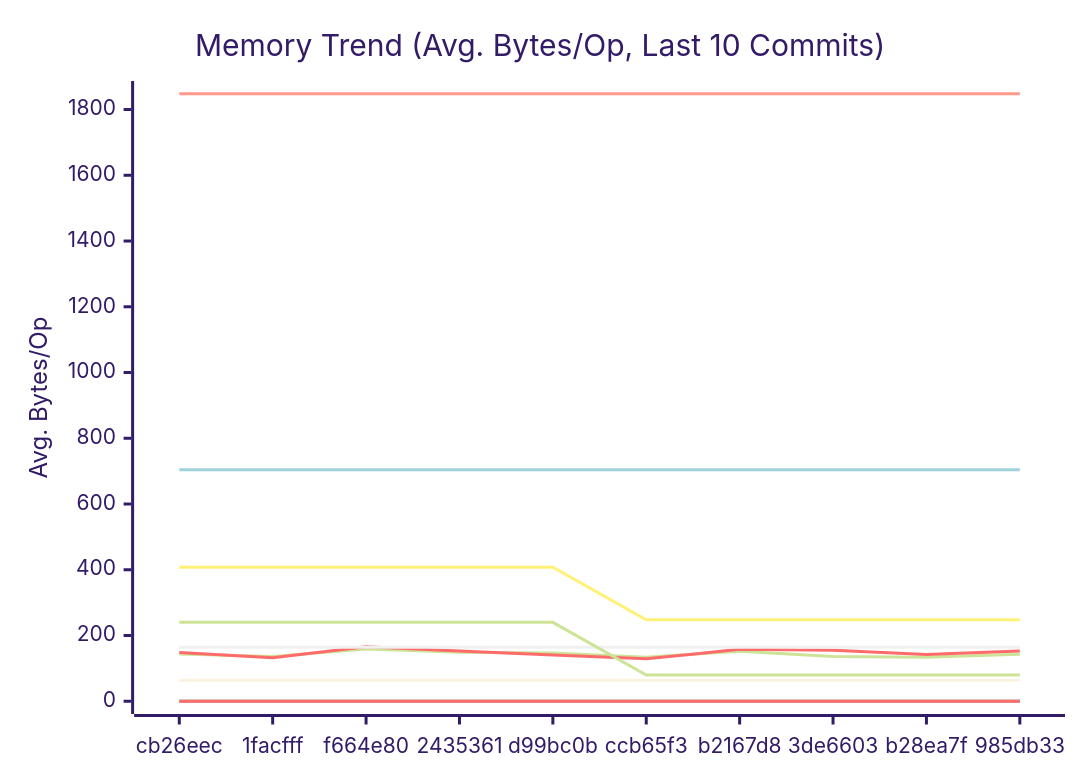
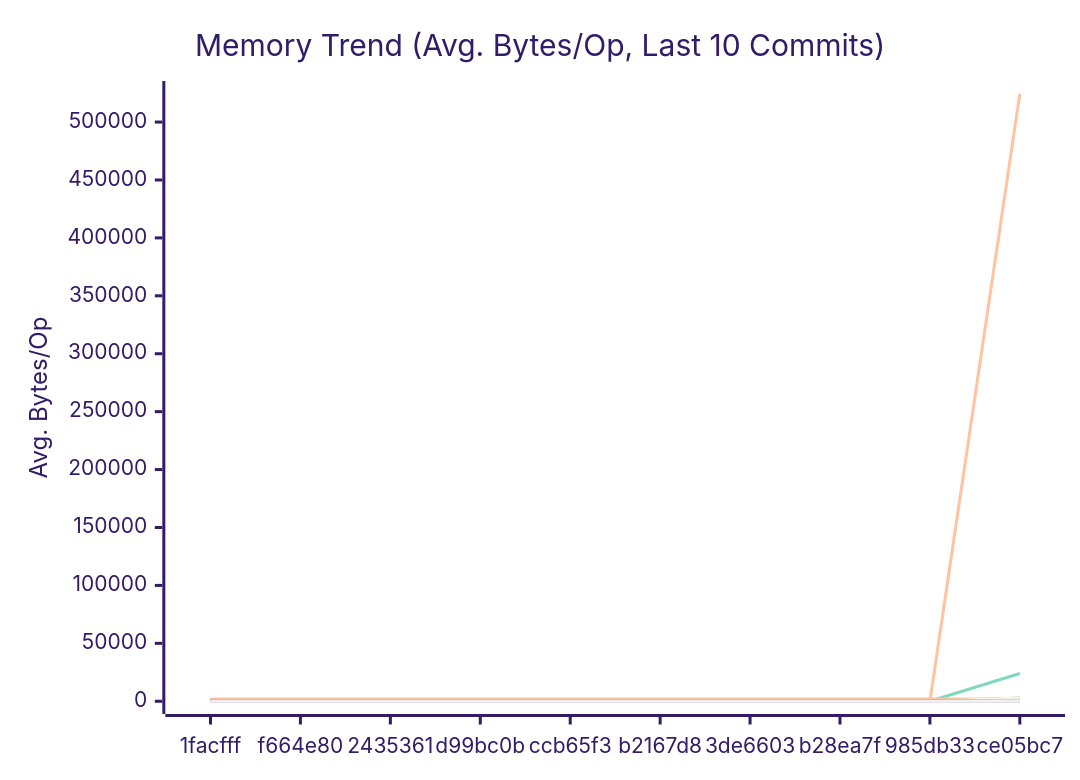
The second of 3 diagrams in docs/PERFORMANCE.md (alsotoes/momo), drawn with Mermaid (forest theme) before and after one commit. The commit also changed other lines of this file and 2 other files, not shown here.

Commit message:
fix: allowlist S3PutSpool in benchstat gate to absorb runner disk-spool noise (#960)

````diff
--- a/docs/PERFORMANCE.md
+++ b/docs/PERFORMANCE.md
@@ -171,20 +300,42 @@
 ```mermaid
 xychart-beta
     title "Memory Trend (Avg. Bytes/Op, Last 10 Commits)"
     x-axis "Commit"
     y-axis "Avg. Bytes/Op"
-    x-axis [cb26eec,1facfff,f664e80,2435361,d99bc0b,ccb65f3,b2167d8,3de6603,b28ea7f,985db33]
-    line "AWSChunkedReaderSigned" [144,136,159,149,147,134,152,136,134,143]
-    line "AWSChunkedReaderUnsigned" [148,132,166,153,141,129,158,155,142,153]
+    x-axis [1facfff,f664e80,2435361,d99bc0b,ccb65f3,b2167d8,3de6603,b28ea7f,985db33,ce05bc7]
+    line "AWSChunkedReaderSigned" [136,159,149,147,134,152,136,134,143,153]
+    line "AWSChunkedReaderUnsigned" [132,166,153,141,129,158,155,142,153,162]
     line "CheckMetricsAndSwap" [0,0,0,0,0,0,0,0,0,0]
     line "CrushOptimized" [0,0,0,0,0,0,0,0,0,0]
     line "CrushOriginal" [164,164,164,164,164,164,164,164,164,164]
+    line "FormatListObjectsV2XML_AppendFormat" [0,0,0,0,0,0,0,0,0,524440]
+    line "FormatListObjectsV2XML_OldFormat" [0,0,0,0,0,0,0,0,0,24000]
+    line "HashBytes/1MiB" [0,0,0,0,0,0,0,0,0,356]
+    line "HashBytes/256MiB" [0,0,0,0,0,0,0,0,0,301]
+    line "HashBytes/64MiB" [0,0,0,0,0,0,0,0,0,351]
+    line "HashFile/1MiB" [0,0,0,0,0,0,0,0,0,305]
+    line "HashFile/256MiB" [0,0,0,0,0,0,0,0,0,298]
+    line "HashFile/64MiB" [0,0,0,0,0,0,0,0,0,332]
     line "IndexDirectTracking" [0,0,0,0,0,0,0,0,0,0]
     line "IndexSearch" [0,0,0,0,0,0,0,0,0,0]
-    line "LoadGlobalConfig" [1848,1848,1848,1848,1848,1848,1848,1848,1848,1848]
+    line "LoadGlobalConfig" [1848,1848,1848,1848,1848,1848,1848,1848,1848,1976]
+    line "LocalWrite/1MiB" [0,0,0,0,0,0,0,0,0,2714]
+    line "LocalWrite/256MiB" [0,0,0,0,0,0,0,0,0,2563]
+    line "LocalWrite/64MiB" [0,0,0,0,0,0,0,0,0,2789]
     line "PadString" [64,64,64,64,64,64,64,64,64,64]
     line "ParseReplicationOrder_NoPrealloc" [408,408,408,408,408,248,248,248,248,248]
     line "ParseReplicationOrder_Prealloc" [240,240,240,240,240,80,80,80,80,80]
+    line "Placement" [0,0,0,0,0,0,0,0,0,352]
+    line "PlacementDomainSpread" [0,0,0,0,0,0,0,0,0,352]
+    line "ReadVerify/1MiB" [0,0,0,0,0,0,0,0,0,316]
+    line "ReadVerify/256MiB" [0,0,0,0,0,0,0,0,0,322]
+    line "ReadVerify/64MiB" [0,0,0,0,0,0,0,0,0,316]
+    line "S3PutSpool/1MiB" [0,0,0,0,0,0,0,0,0,287]
+    line "S3PutSpool/256MiB" [0,0,0,0,0,0,0,0,0,254]
+    line "S3PutSpool/64MiB" [0,0,0,0,0,0,0,0,0,222]
     line "SanitizeLog/Safe" [0,0,0,0,0,0,0,0,0,0]
     line "SanitizeLog/Unsafe" [704,704,704,704,704,704,704,704,704,704]
+    line "TrustedRead/1MiB" [0,0,0,0,0,0,0,0,0,297]
+    line "TrustedRead/256MiB" [0,0,0,0,0,0,0,0,0,283]
+    line "TrustedRead/64MiB" [0,0,0,0,0,0,0,0,0,308]
 ```
````
